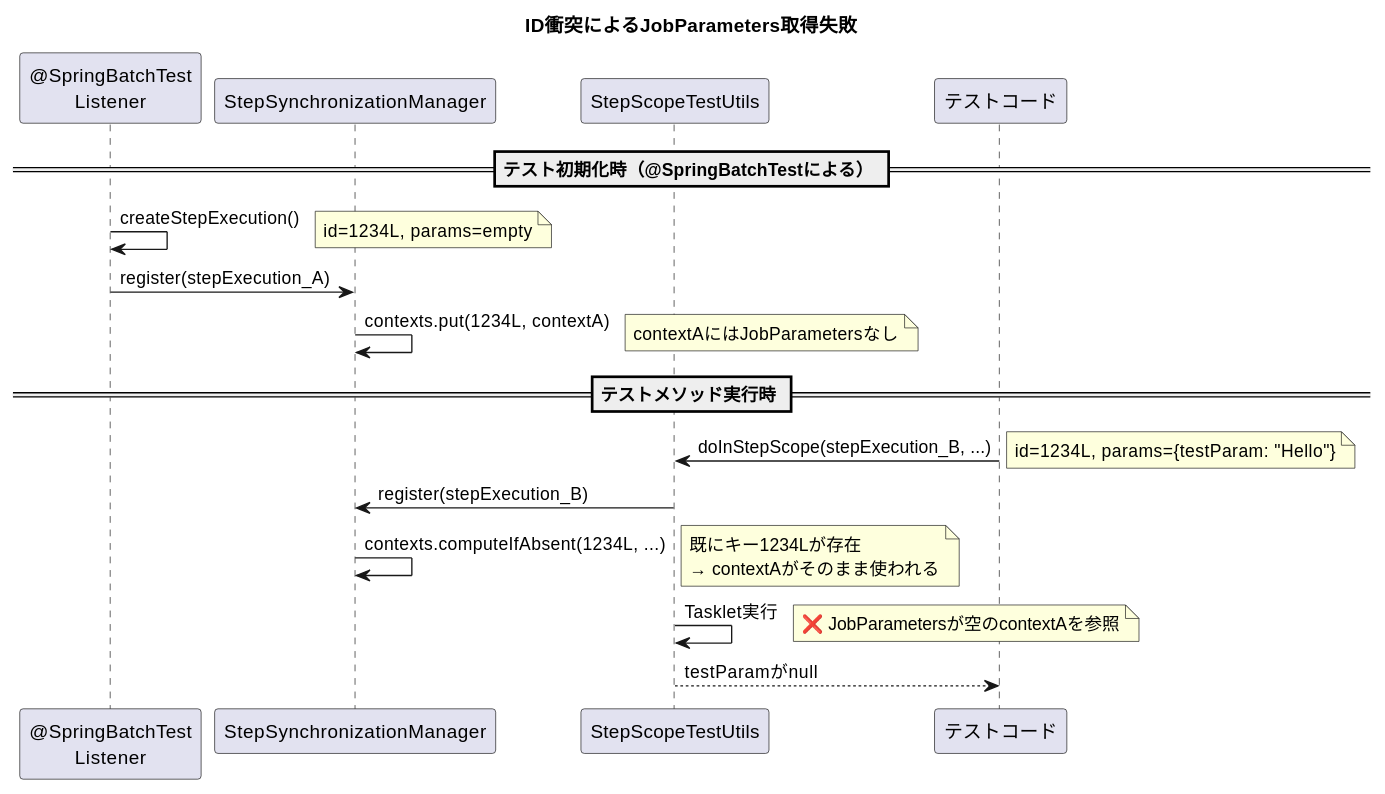
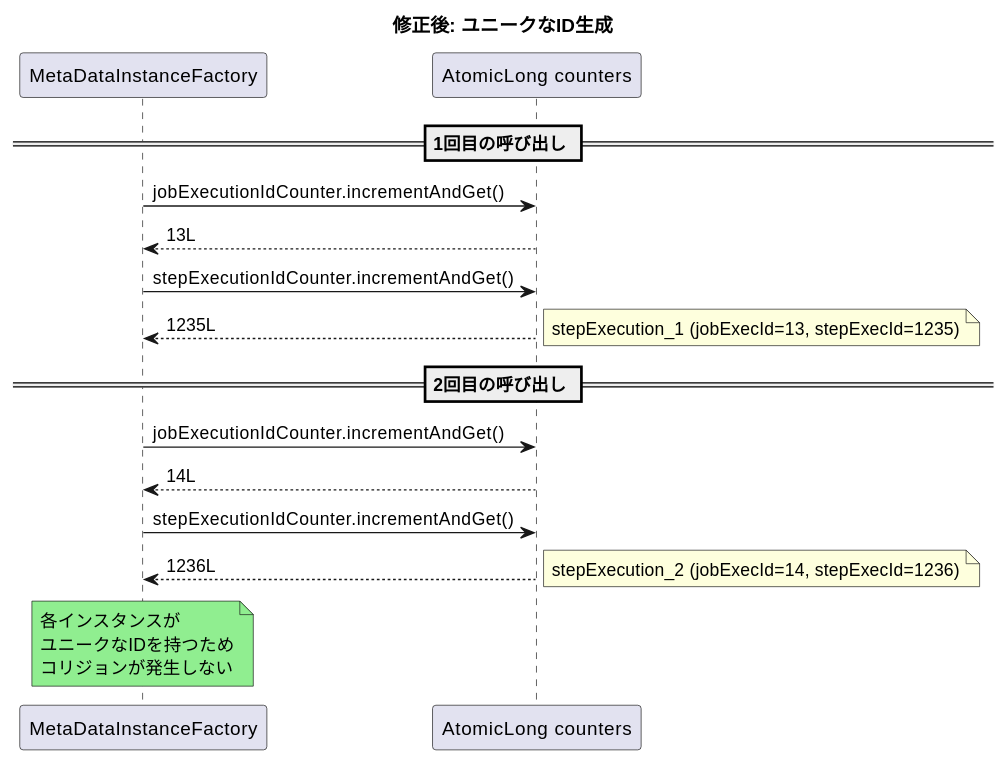
One commit to mochimoching/github_issue_translate changed the second of 2 diagrams in output/spring-batch/6.0.2/all/current/markdown/issues_summary/issue_5181.md. Above: the diagram before and after it, drawn with PlantUML. The commit also changed other lines of this file and 63 other files, not shown here.

````diff
--- a/output/spring-batch/6.0.2/all/current/markdown/issues_summary/issue_5181.md
+++ b/output/spring-batch/6.0.2/all/current/markdown/issues_summary/issue_5181.md
@@ -57,29 +128,25 @@
 ```plantuml
 @startuml
-title ID衝突によるJobParameters取得失敗
+title 修正後: ユニークなID生成
 
-participant "@SpringBatchTest\nListener" as Listener
-participant "StepSynchronizationManager" as Manager
-participant "StepScopeTestUtils" as Utils
-participant "テストコード" as Test
+participant "MetaDataInstanceFactory" as Factory
+participant "AtomicLong counters" as Counter
 
-== テスト初期化時（@SpringBatchTestによる） ==
-Listener -> Listener: createStepExecution()
-note right: id=1234L, params=empty
-Listener -> Manager: register(stepExecution_A)
-Manager -> Manager: contexts.put(1234L, contextA)
-note right: contextAにはJobParametersなし
+== 1回目の呼び出し ==
+Factory -> Counter: jobExecutionIdCounter.incrementAndGet()
+Counter --> Factory: 13L
+Factory -> Counter: stepExecutionIdCounter.incrementAndGet()
+Counter --> Factory: 1235L
+note right: stepExecution_1 (jobExecId=13, stepExecId=1235)
 
-== テストメソッド実行時 ==
-Test -> Utils: doInStepScope(stepExecution_B, ...)
-note right: id=1234L, params={testParam: "Hello"}
-Utils -> Manager: register(stepExecution_B)
-Manager -> Manager: contexts.computeIfAbsent(1234L, ...)
-note right: 既にキー1234Lが存在\n→ contextAがそのまま使われる
+== 2回目の呼び出し ==
+Factory -> Counter: jobExecutionIdCounter.incrementAndGet()
+Counter --> Factory: 14L
+Factory -> Counter: stepExecutionIdCounter.incrementAndGet()
+Counter --> Factory: 1236L
+note right: stepExecution_2 (jobExecId=14, stepExecId=1236)
 
-Utils -> Utils: Tasklet実行
-note right: ❌ JobParametersが空のcontextAを参照
-Utils --> Test: testParamがnull
+note over Factory #LightGreen: 各インスタンスが\nユニークなIDを持つため\nコリジョンが発生しない
 
 @enduml
 ```
````
